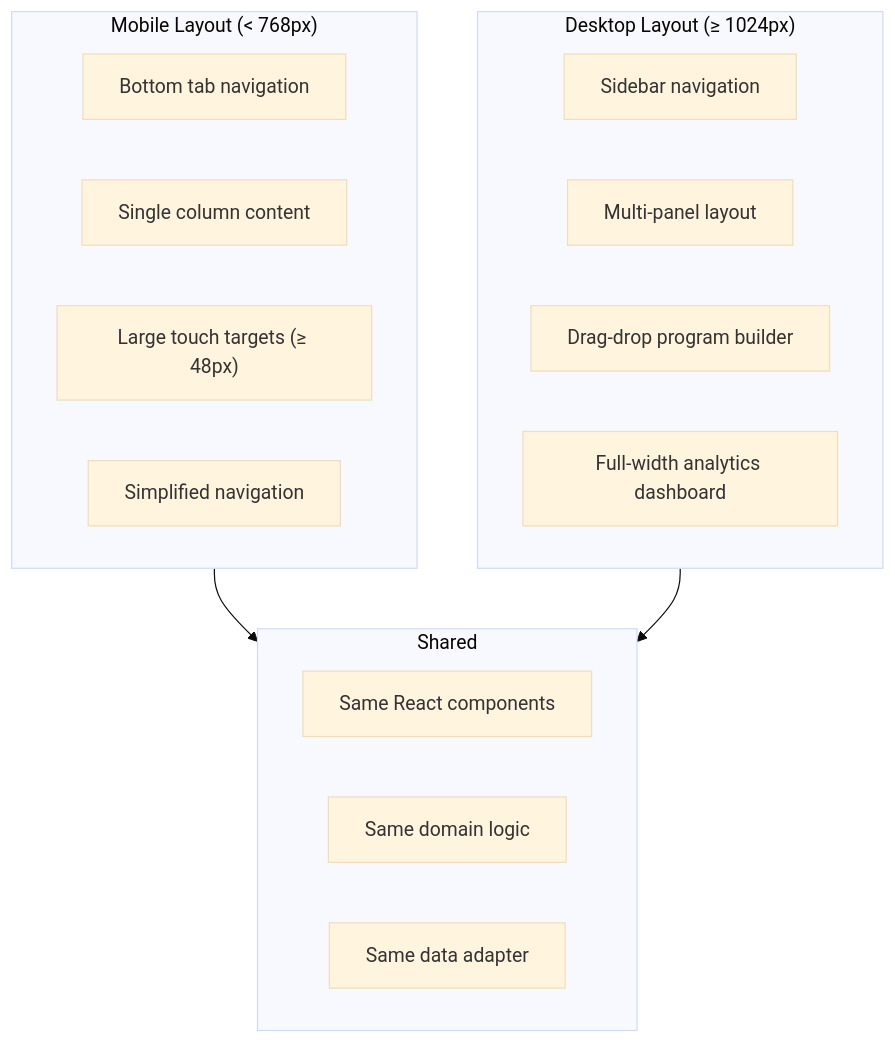
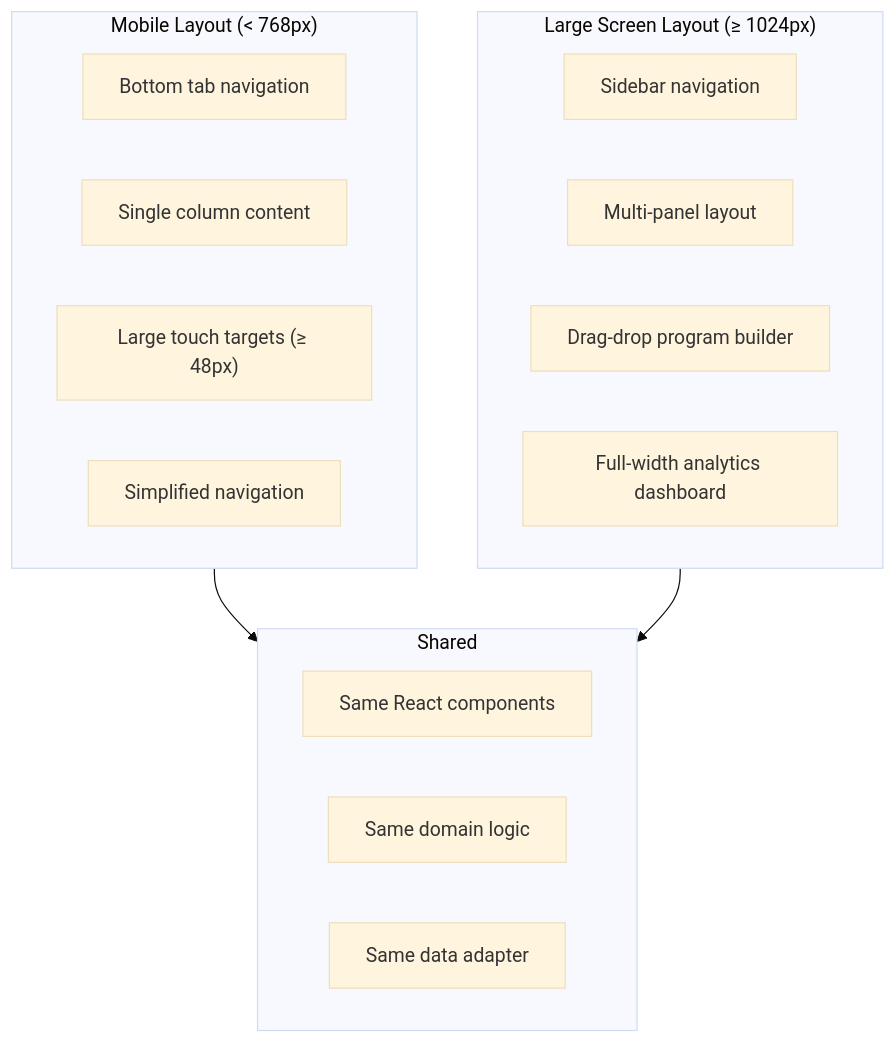
Diagram 12 of 16 in docs/07-architecture.md (rghsoftware/ardent-forge), drawn with Mermaid (base theme) before and after one commit. The commit also changed other lines of this file and 45 other files, not shown here.

````diff
--- a/docs/07-architecture.md
+++ b/docs/07-architecture.md
@@ -431,25 +431,25 @@
 ```mermaid
 flowchart TB
     subgraph Mobile["Mobile Layout (< 768px)"]
         MNav["Bottom tab navigation"]
         MContent["Single column content"]
         MLargeTargets["Large touch targets (≥ 48px)"]
         MSimpleNav["Simplified navigation"]
     end
 
-    subgraph Desktop["Desktop Layout (≥ 1024px)"]
+    subgraph LargeScreen["Large Screen Layout (≥ 1024px)"]
         DNav["Sidebar navigation"]
         DContent["Multi-panel layout"]
         DDnD["Drag-drop program builder"]
         DCharts["Full-width analytics dashboard"]
     end
 
     subgraph Shared["Shared"]
         SComponents["Same React components"]
         SLogic["Same domain logic"]
         SAdapter["Same data adapter"]
     end
 
     Mobile --> Shared
-    Desktop --> Shared
+    LargeScreen --> Shared
 ```
````
